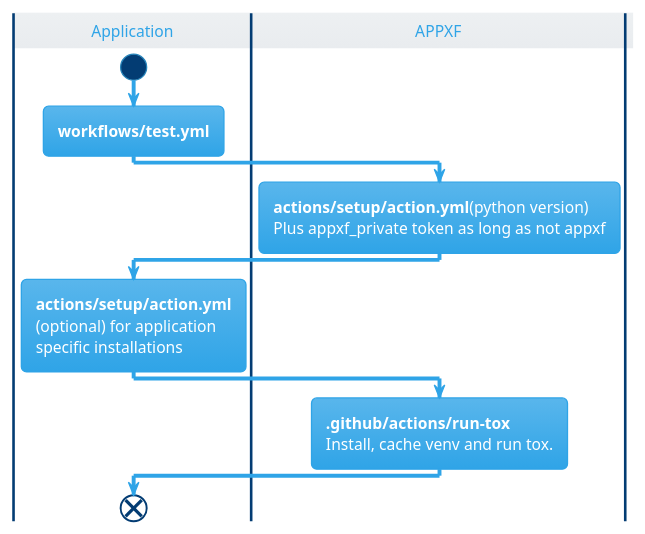
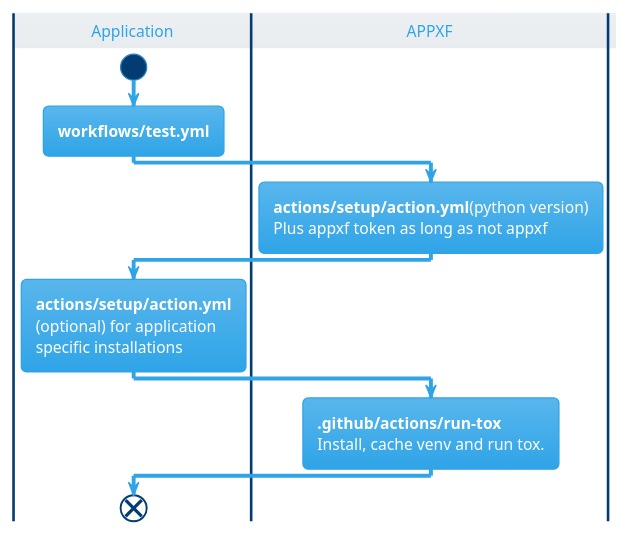
Before and after one commit to alexander-rd/appxf: the diagram in obsidian/modules/Github Support.md, drawn with PlantUML. The commit also changed other lines of this file and 161 other files, not shown here.

````diff
--- a/obsidian/modules/Github Support.md
+++ b/obsidian/modules/Github Support.md
@@ -2,23 +2,23 @@
 ```plantuml
 @startuml
 !theme cerulean
 
 |Application|
 start
 :<b>workflows/test.yml</b>;
 |APPXF|
 :<b>actions/setup/action.yml</b>(python version)
-Plus appxf_private token as long as not appxf;
+Plus appxf token as long as not appxf;
 
 |Application|
 :<b>actions/setup/action.yml</b>
 (optional) for application
 specific installations;
 
 |APPXF|
 :<b>.github/actions/run-tox</b>
 Install, cache venv and run tox.;
 |Application|
 end
 @enduml
 ```
````
